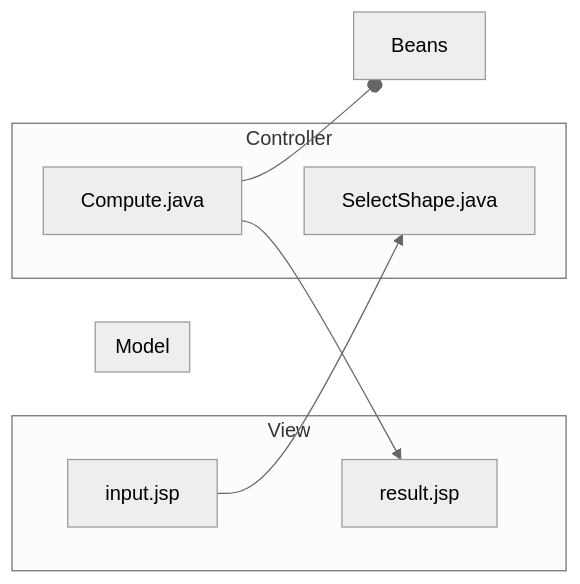
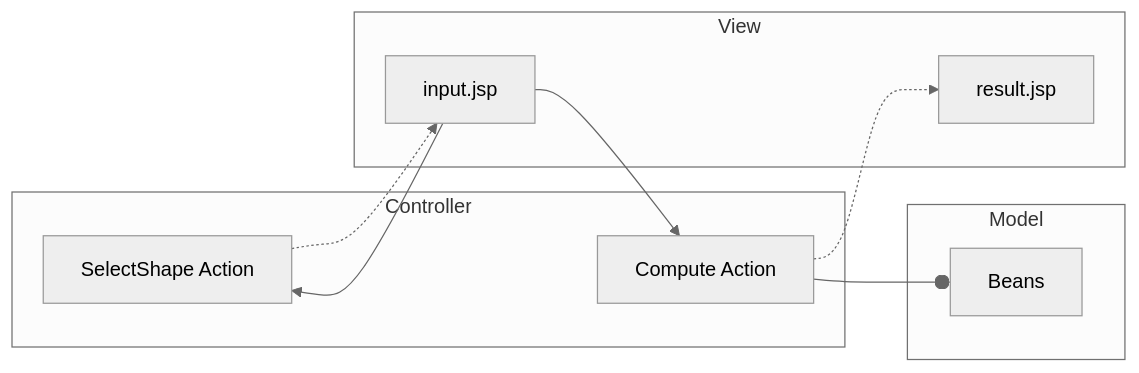
Before and after one commit to ruofancooh/blog-source: the first of 2 diagrams in source/_posts/实用系列/JavaWeb.md, drawn with Mermaid. The commit also changed 5 other files, not shown here.

````diff
--- a/source/_posts/实用系列/JavaWeb.md
+++ b/source/_posts/实用系列/JavaWeb.md
@@ -27,23 +27,24 @@
 ```mermaid
 %%{
     init: {
 	    "theme": "neutral",
 	    "fontFamily": "Times New Roman"
     }
 }%%
 flowchart LR
+    subgraph "Controller"
+        selectShape[SelectShape Action]
+        compute[Compute Action]
+    end
+    subgraph "Model"
+        Beans
+    end
     subgraph "View"
         input[input.jsp]
         result[result.jsp]
     end
-    subgraph "Model"
-    end
-    subgraph "Controller"
-        selectShape[SelectShape.java]
-        compute[Compute.java]
-    end
 
-    input-->selectShape
-    compute-->result
+    input-->selectShape-.->input
+    input-->compute-.->result
     compute--oBeans
 ```
````
